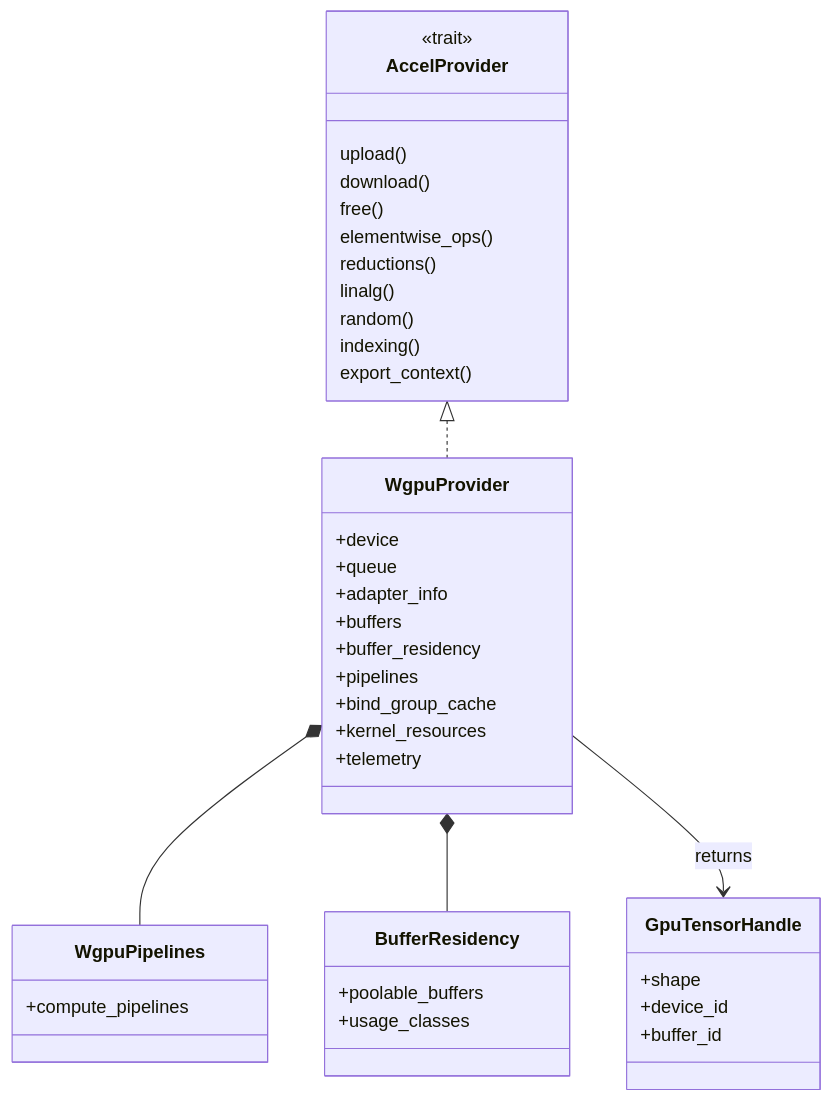
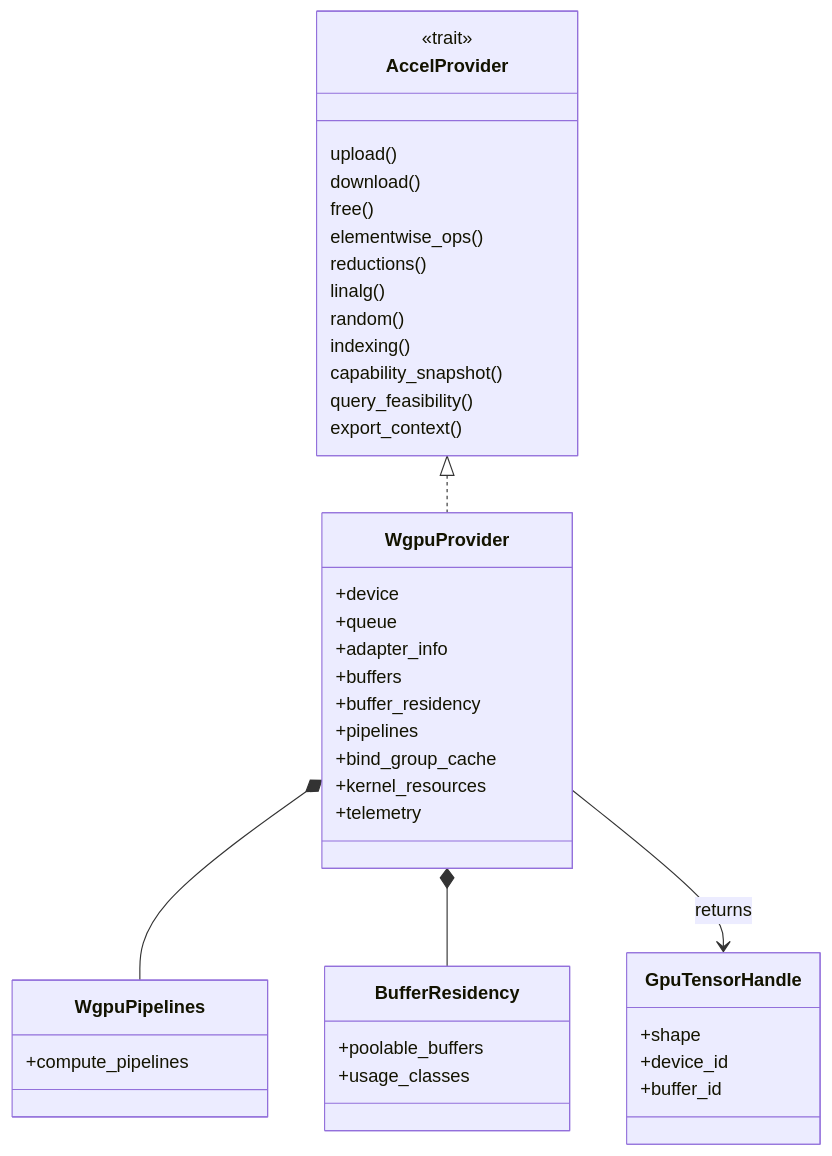
Before and after one commit to runmat-org/runmat: the first of 2 diagrams in docs/gpu/wgpu.md, drawn with Mermaid. The commit also changed other lines of this file and 20 other files, not shown here.

````diff
--- a/docs/gpu/wgpu.md
+++ b/docs/gpu/wgpu.md
@@ -16,47 +16,49 @@
 ```mermaid
 classDiagram
   class AccelProvider {
     <<trait>>
     upload()
     download()
     free()
     elementwise_ops()
     reductions()
     linalg()
     random()
     indexing()
+    capability_snapshot()
+    query_feasibility()
     export_context()
   }
 
   class WgpuProvider {
     +device
     +queue
     +adapter_info
     +buffers
     +buffer_residency
     +pipelines
     +bind_group_cache
     +kernel_resources
     +telemetry
   }
 
   class WgpuPipelines {
     +compute_pipelines
   }
 
   class BufferResidency {
     +poolable_buffers
     +usage_classes
   }
 
   class GpuTensorHandle {
     +shape
     +device_id
     +buffer_id
   }
 
   AccelProvider <|.. WgpuProvider
   WgpuProvider *-- WgpuPipelines
   WgpuProvider *-- BufferResidency
   WgpuProvider --> GpuTensorHandle : returns
 ```
````
